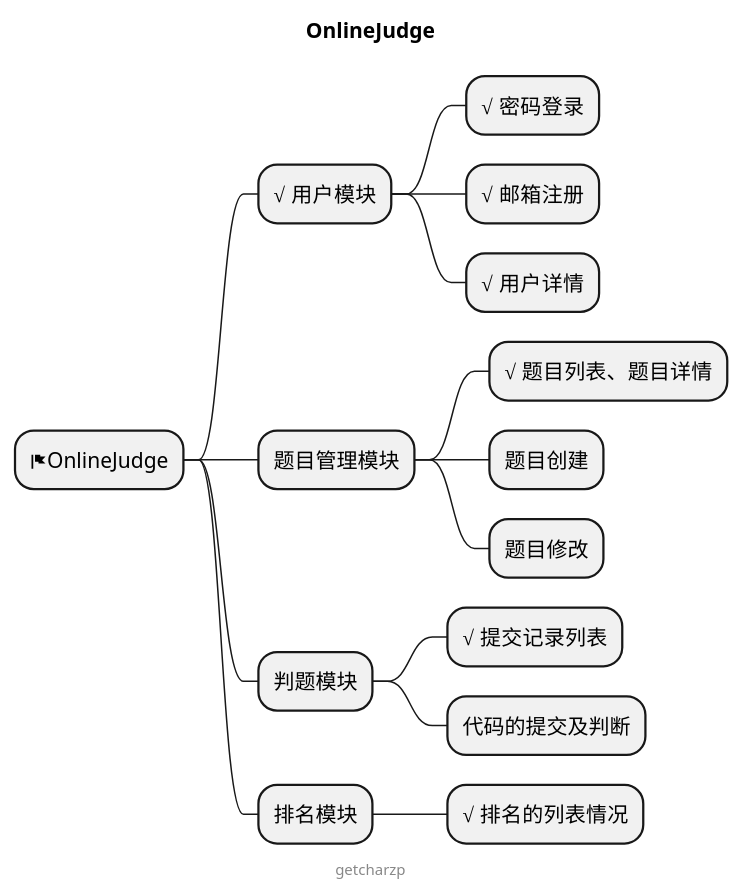
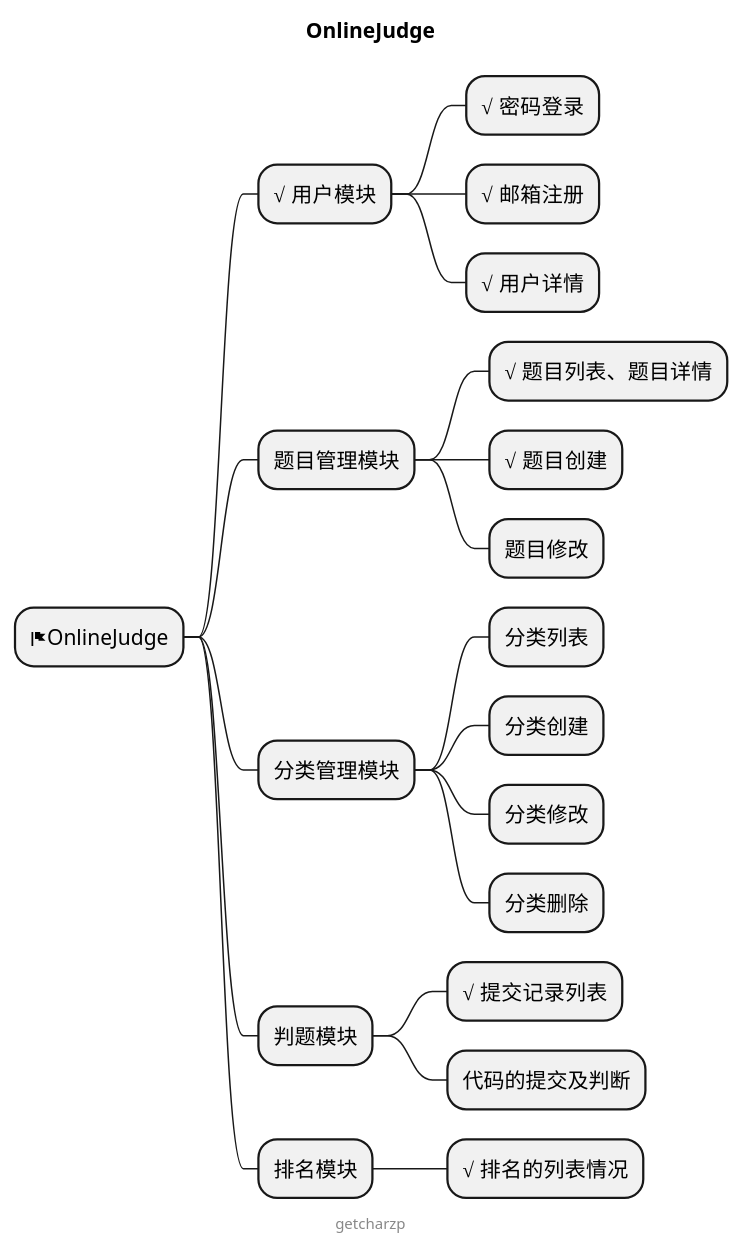
The diagram in MIND.puml (GetcharZp/gin-gorm-oj), drawn with PlantUML before and after one commit. The commit also changed 7 other files, not shown here.

```diff
--- a/MIND.puml
+++ b/MIND.puml
@@ -1,22 +1,27 @@
 @startmindmap
 
 title OnlineJudge
 
 * <&flag>OnlineJudge
 ** √ 用户模块
 *** √ 密码登录
 *** √ 邮箱注册
 *** √ 用户详情
 ** 题目管理模块
 *** √ 题目列表、题目详情
-*** 题目创建
+*** √ 题目创建
 *** 题目修改
+** 分类管理模块
+*** 分类列表
+*** 分类创建
+*** 分类修改
+*** 分类删除
 ** 判题模块
 *** √ 提交记录列表
 *** 代码的提交及判断
 ** 排名模块
 *** √ 排名的列表情况
 
 center footer getcharzp
 
 @endmindmap
```
